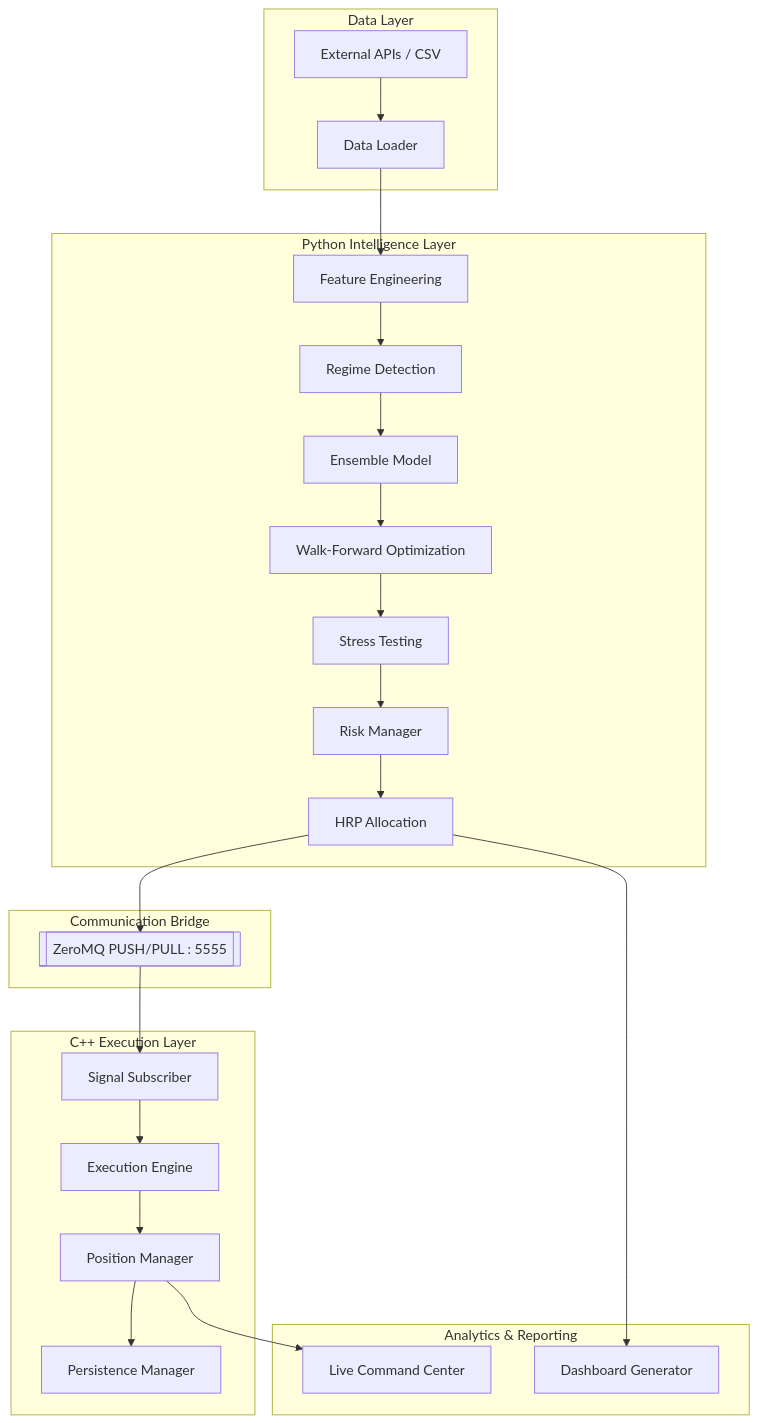
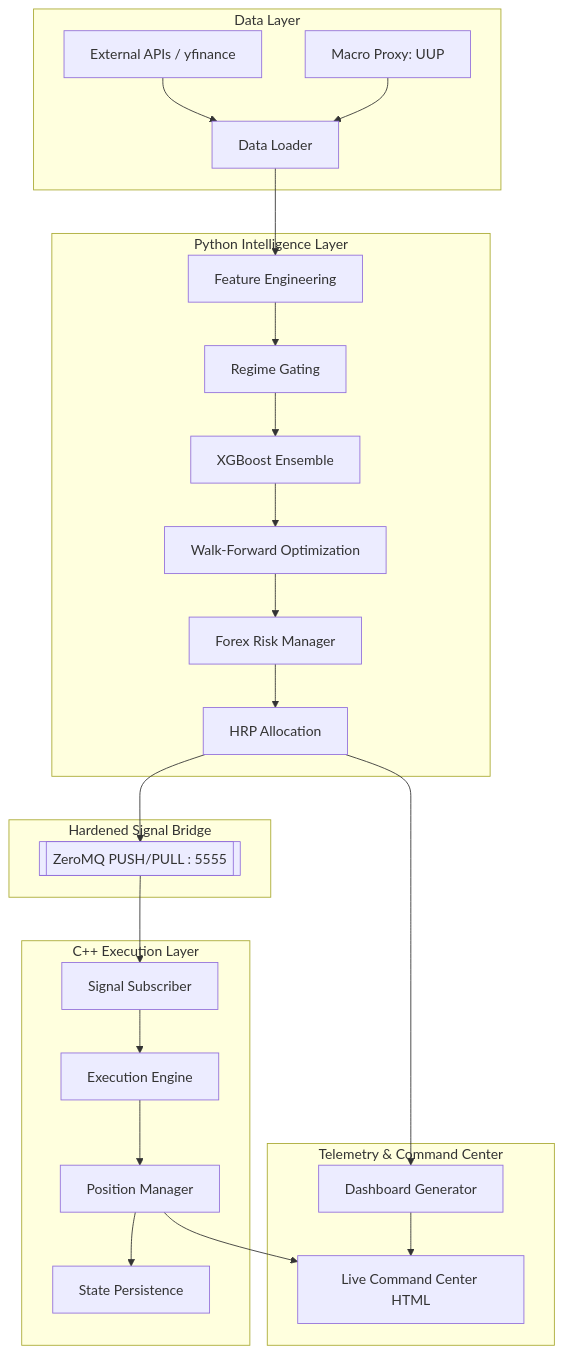
The diagram in README.md (manuelhorvey/iQT), drawn with Mermaid before and after one commit. The commit also changed other lines of this file, not shown here.

Commit message:
docs: sync README with project state and fix live dashboard telemetry

````diff
--- a/README.md
+++ b/README.md
@@ -291,43 +283,44 @@
 ```mermaid
 flowchart TD
     subgraph DataLayer["Data Layer"]
-        API[External APIs / CSV]
+        API[External APIs / yfinance]
+        UUP[Macro Proxy: UUP]
         DL[Data Loader]
         API --> DL
+        UUP --> DL
     end
 
-    subgraph PythonLayer["Python Intelligence Layer"]
+    subgraph IntelligenceLayer["Python Intelligence Layer"]
         FE[Feature Engineering]
-        RD[Regime Detection]
-        ML[Ensemble Model]
+        RD[Regime Gating]
+        ML[XGBoost Ensemble]
         WFO[Walk-Forward Optimization]
-        ST[Stress Testing]
-        RM[Risk Manager]
+        RM[Forex Risk Manager]
         HRP[HRP Allocation]
 
-        DL --> FE --> RD --> ML --> WFO --> ST --> RM --> HRP
+        DL --> FE --> RD --> ML --> WFO --> RM --> HRP
     end
 
-    subgraph Bridge["Communication Bridge"]
+    subgraph Bridge["Hardened Signal Bridge"]
         ZMQ[[ZeroMQ PUSH/PULL : 5555]]
     end
 
     HRP --> ZMQ
 
-    subgraph CPPLayer["C++ Execution Layer"]
+    subgraph ExecutionLayer["C++ Execution Layer"]
         SUB[Signal Subscriber]
         EE[Execution Engine]
         PM[Position Manager]
-        PS[Persistence Manager]
+        PS[State Persistence]
 
         ZMQ --> SUB --> EE --> PM --> PS
     end
 
-    subgraph Dashboards["Analytics & Reporting"]
+    subgraph Dashboards["Telemetry & Command Center"]
         DG[Dashboard Generator]
-        LC[Live Command Center]
+        LC[Live Command Center HTML]
 
-        HRP --> DG
+        HRP --> DG --> LC
         PM --> LC
     end
 ```
````
